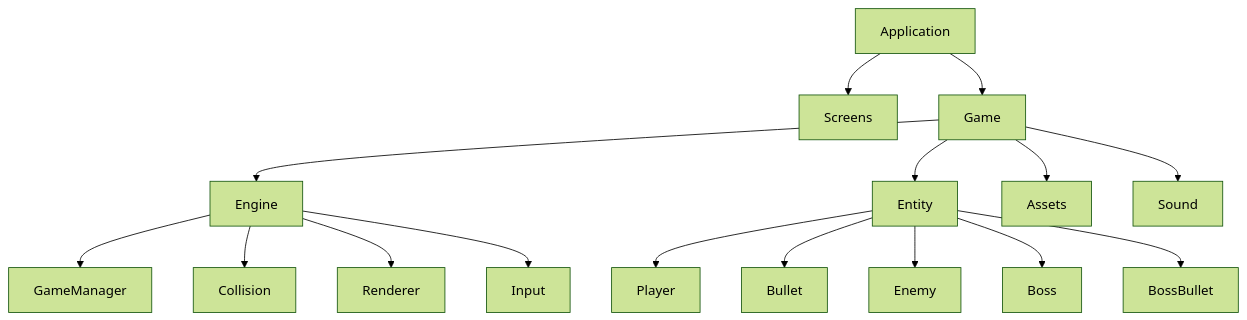
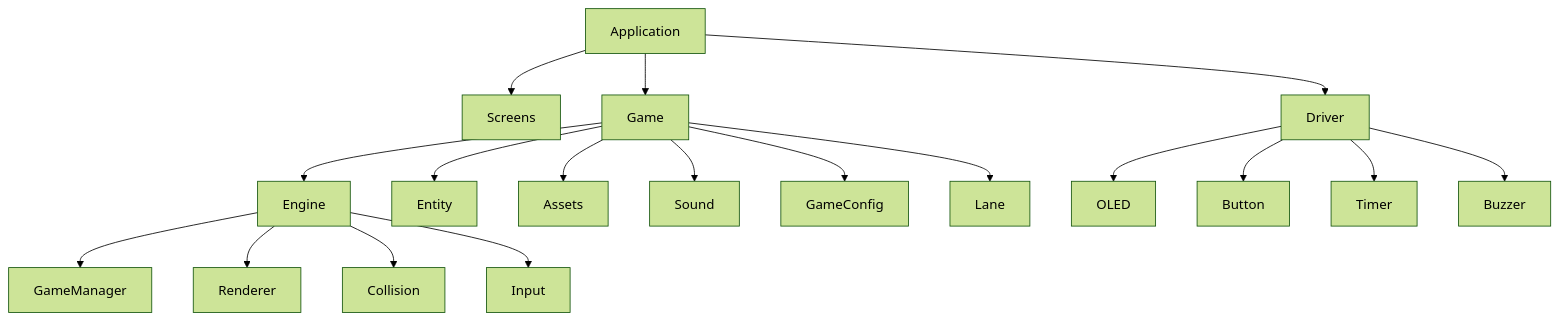
One commit to phihungnguyen1402-byte/Monster-Shooter_Game changed the first of 9 diagrams in application/docs/03-software-architecture.md. Above: the diagram before and after it, drawn with Mermaid (forest theme). The commit also changed other lines of this file, not shown here.

````diff
--- a/application/docs/03-software-architecture.md
+++ b/application/docs/03-software-architecture.md
@@ -13,24 +13,26 @@
 ```mermaid
 flowchart TD
 
-Application["Application"]
+Application
 
 Application --> Screens
 Application --> Game
+Application --> Driver
 
 Game --> Engine
 Game --> Entity
 Game --> Assets
 Game --> Sound
+Game --> GameConfig
+Game --> Lane
 
 Engine --> GameManager
+Engine --> Renderer
 Engine --> Collision
-Engine --> Renderer
 Engine --> Input
 
-Entity --> Player
-Entity --> Bullet
-Entity --> Enemy
-Entity --> Boss
-Entity --> BossBullet
+Driver --> OLED
+Driver --> Button
+Driver --> Timer
+Driver --> Buzzer
 ```
````
